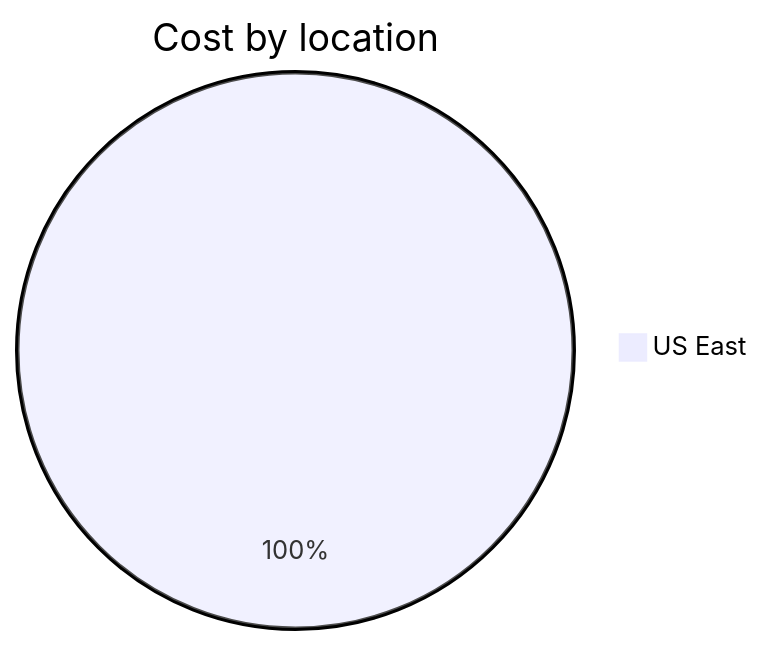
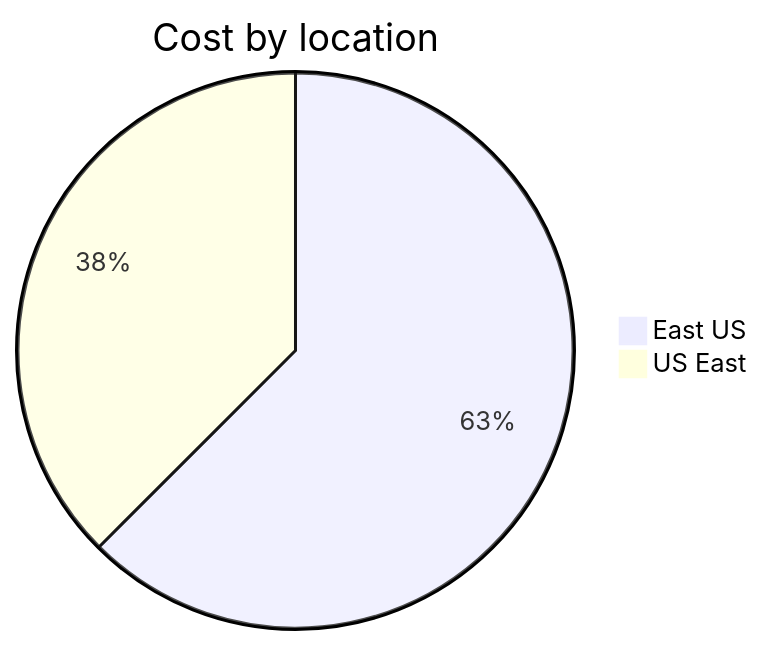
Before and after one commit to jpfulton/azure-personal-reports: the third of 4 diagrams in cost-reports/cloud-shell-storage-eastus/README.md, drawn with Mermaid. The commit also changed other lines of this file and 1 other file, not shown here.

````diff
--- a/cost-reports/cloud-shell-storage-eastus/README.md
+++ b/cost-reports/cloud-shell-storage-eastus/README.md
@@ -107,5 +108,6 @@
 ```mermaid
 pie
    title Cost by location
-   "US East" : 0.23
+   "East US" : 0.15
+   "US East" : 0.09
 ```
````
